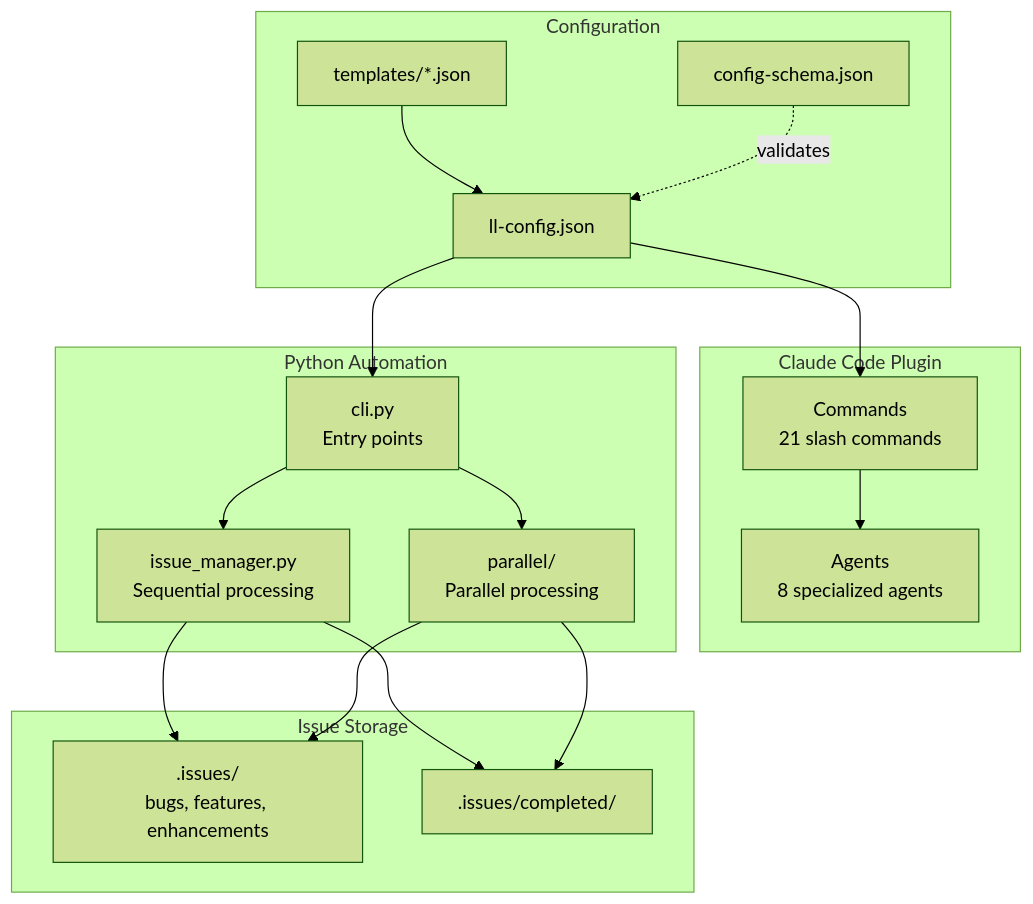
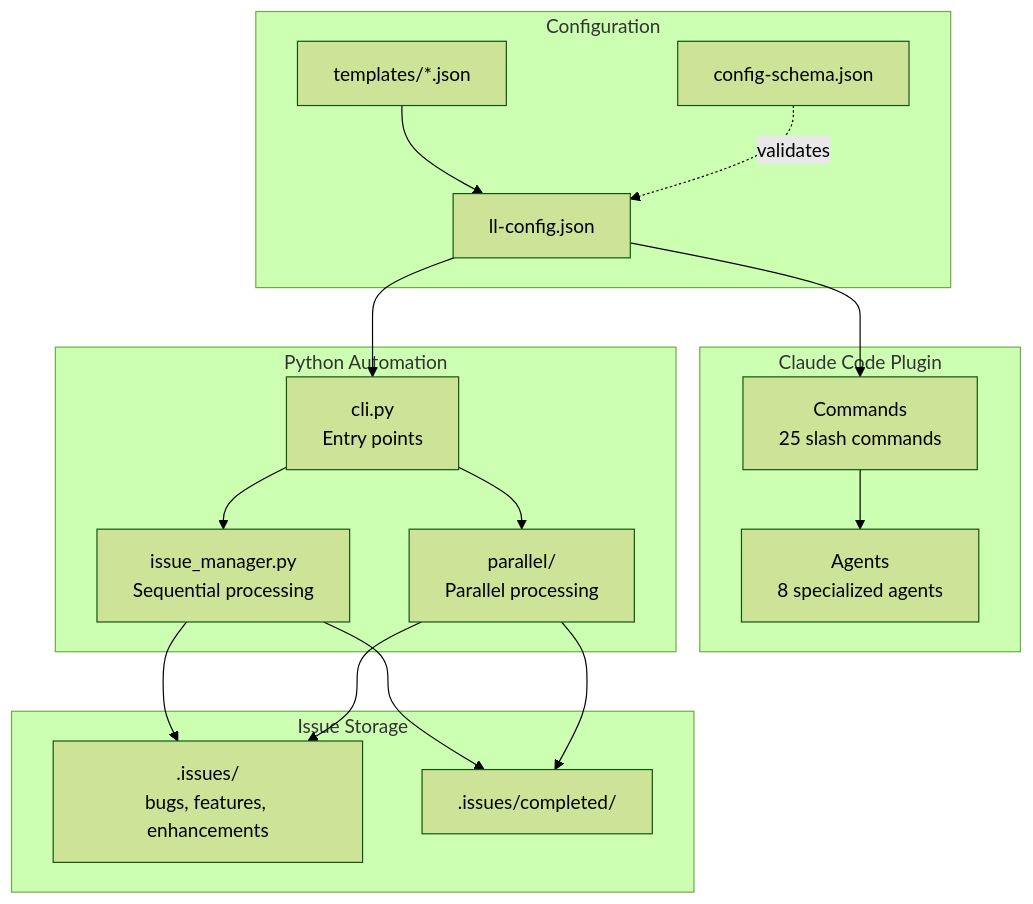
Before and after one commit to BrennonTWilliams/little-loops: the first of 11 diagrams in docs/ARCHITECTURE.md, drawn with Mermaid (forest theme). The commit also changed other lines of this file and 2 other files, not shown here.

Commit message:
fix(docs): update command counts to 25 across documentation
BUG-098: outdated-command-counts-in-docs

- Update README.md overview to show 25 slash commands
- Update README.md directory structure to show 25 commands
- Update docs/ARCHITECTURE.md Mermaid diagram from 21 to 25
- Update docs/ARCHITECTURE.md directory listing from 24 to 25

````diff
--- a/docs/ARCHITECTURE.md
+++ b/docs/ARCHITECTURE.md
@@ -21,36 +21,36 @@
 ```mermaid
 flowchart TB
     subgraph "Claude Code Plugin"
-        CMD[Commands<br/>21 slash commands]
+        CMD[Commands<br/>25 slash commands]
         AGT[Agents<br/>8 specialized agents]
     end
 
     subgraph "Configuration"
         CFG[ll-config.json]
         SCHEMA[config-schema.json]
         TPL[templates/*.json]
     end
 
     subgraph "Python Automation"
         CLI[cli.py<br/>Entry points]
         AUTO[issue_manager.py<br/>Sequential processing]
         PARALLEL[parallel/<br/>Parallel processing]
     end
 
     subgraph "Issue Storage"
         ISSUES[.issues/<br/>bugs, features, enhancements]
         COMPLETED[.issues/completed/]
     end
 
     CFG --> CMD
     TPL --> CFG
     SCHEMA -.->|validates| CFG
     CFG --> CLI
     CMD --> AGT
     CLI --> AUTO
     CLI --> PARALLEL
     AUTO --> ISSUES
     PARALLEL --> ISSUES
     AUTO --> COMPLETED
     PARALLEL --> COMPLETED
 ```
````
